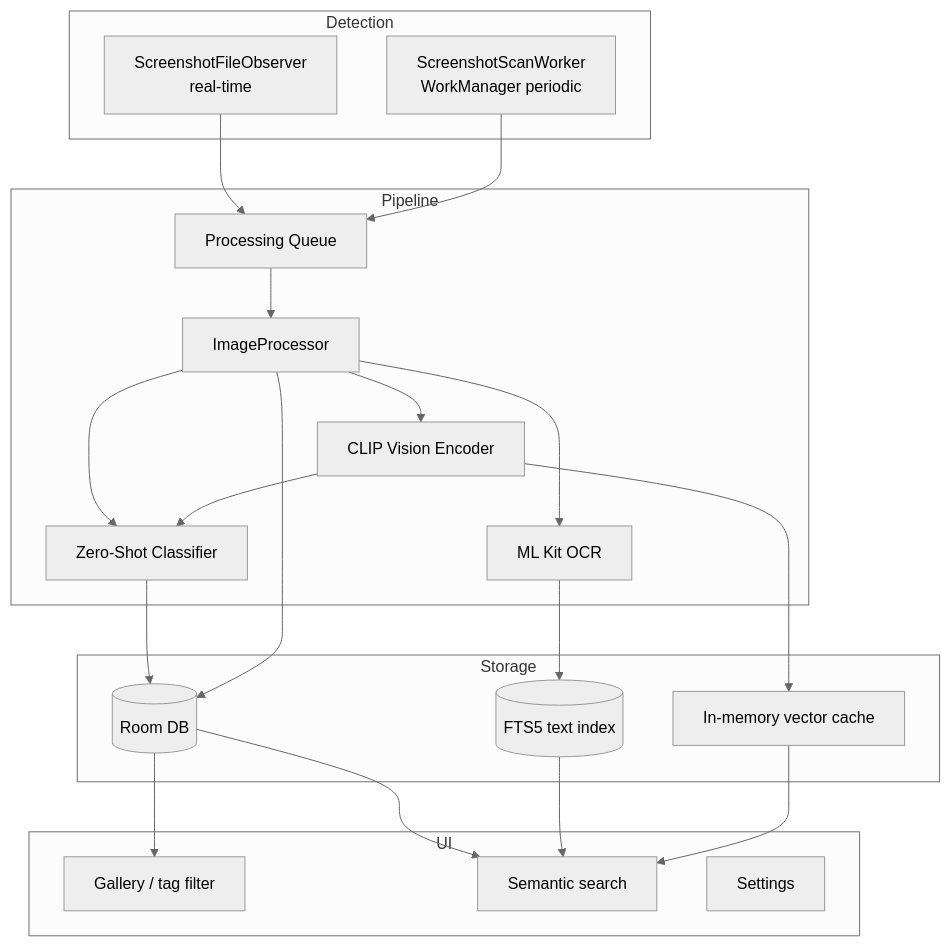
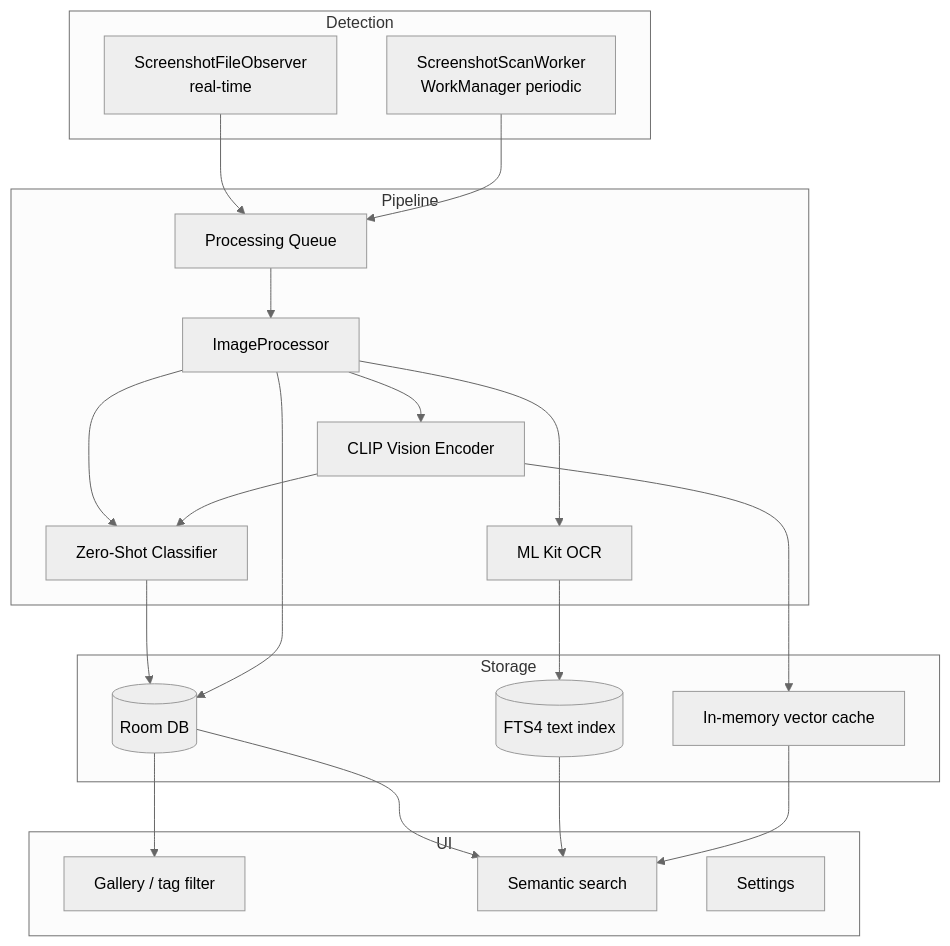
Before and after one commit to jehadbaeth/sshot-classifier: the first of 8 diagrams in docs/design.md, drawn with Mermaid (neutral theme). The commit also changed other lines of this file, not shown here.

First line of the commit message:
docs(design): correct stale FTS5 references to FTS4 (app uses FTS4, no BM25)

````diff
--- a/docs/design.md
+++ b/docs/design.md
@@ -55,40 +55,40 @@
 ```mermaid
 flowchart TD
     subgraph Detection
         FO[ScreenshotFileObserver<br/>real-time]
         WM[ScreenshotScanWorker<br/>WorkManager periodic]
     end
 
     FO --> Q[Processing Queue]
     WM --> Q
 
     subgraph Pipeline
         Q --> IP[ImageProcessor]
         IP --> CLIP[CLIP Vision Encoder]
         IP --> OCR[ML Kit OCR]
         IP --> ZS[Zero-Shot Classifier]
         CLIP --> ZS
     end
 
     subgraph Storage
         DB[(Room DB)]
-        FTS[(FTS5 text index)]
+        FTS[(FTS4 text index)]
         VEC[In-memory vector cache]
     end
 
     ZS --> DB
     OCR --> FTS
     CLIP --> VEC
     IP --> DB
 
     subgraph UI
         GAL[Gallery / tag filter]
         SEARCH[Semantic search]
         SET[Settings]
     end
 
     DB --> GAL
     DB --> SEARCH
     FTS --> SEARCH
     VEC --> SEARCH
 ```
````
